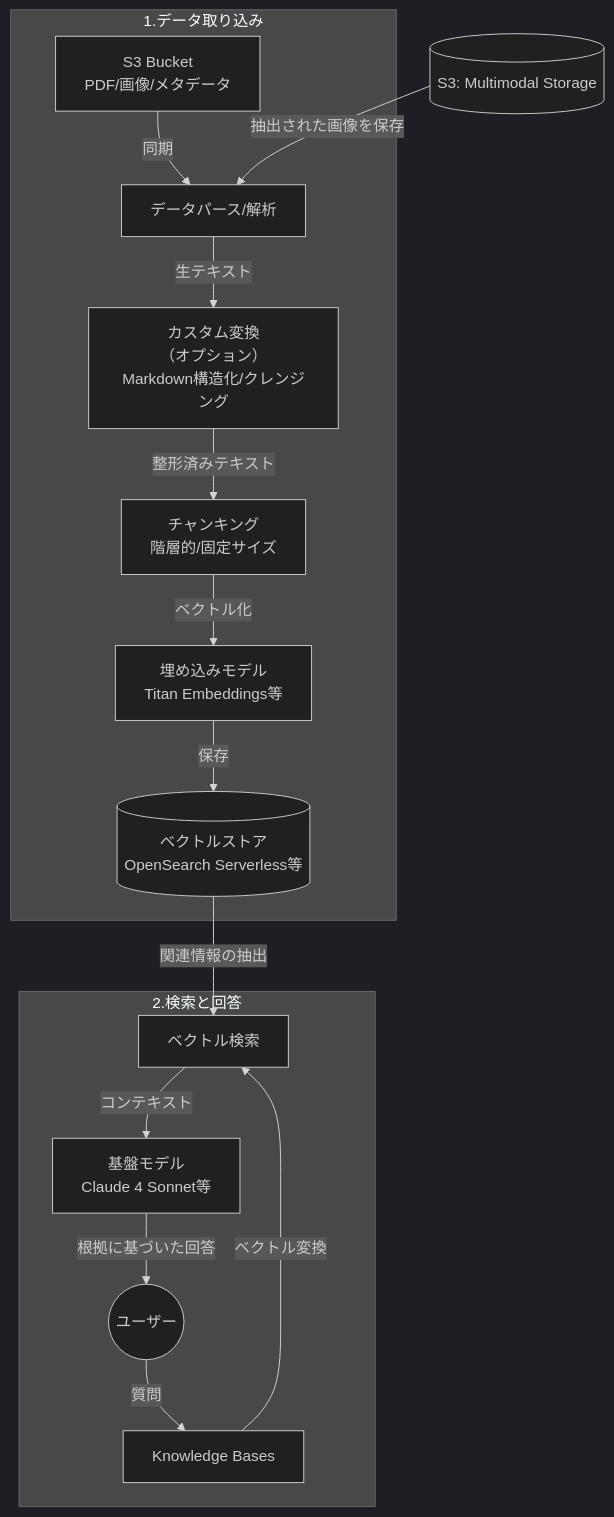
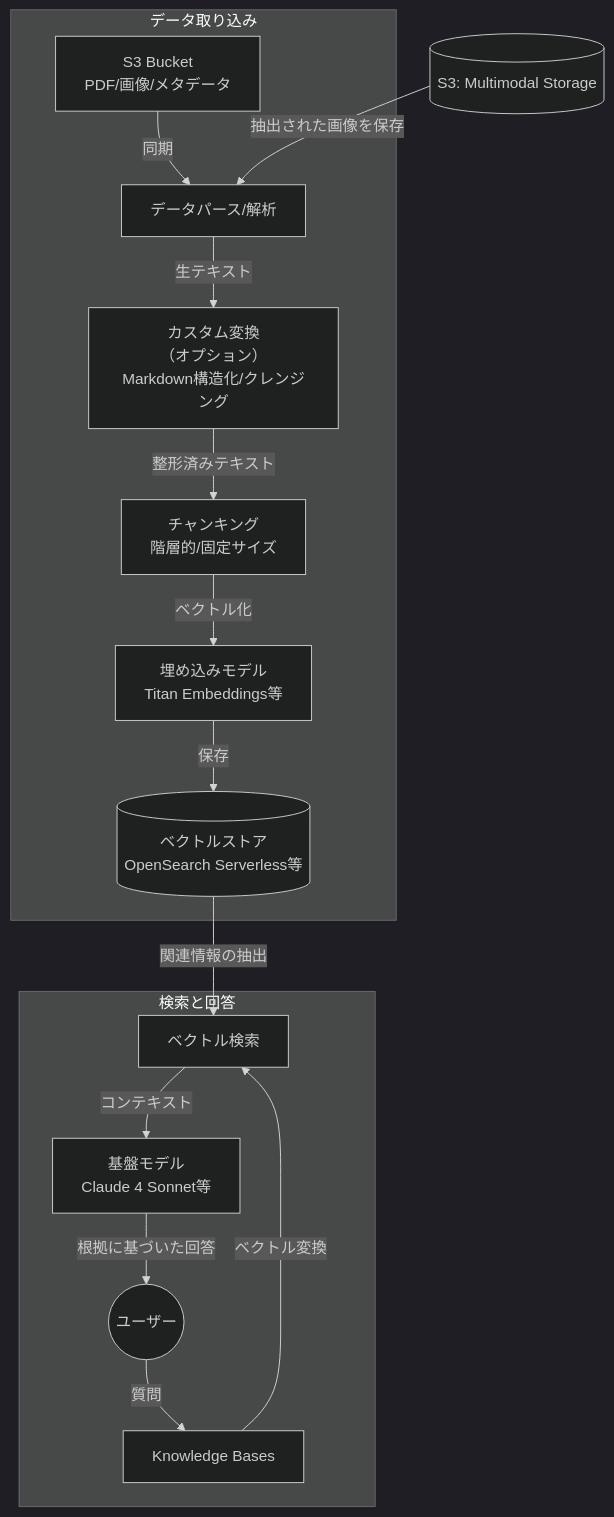
Before and after one commit to awk256/strandsagents: the diagram in 81.BedrockKnowledgeBase/81-00.Bedrock Knowldege Baseとは.md, drawn with Mermaid (dark theme). The commit also changed other lines of this file and 27 other files, not shown here.

````diff
--- a/81.BedrockKnowledgeBase/81-00.Bedrock Knowldege Baseとは.md
+++ b/81.BedrockKnowledgeBase/81-00.Bedrock Knowldege Baseとは.md
@@ -12,21 +12,21 @@
 ```mermaid
 graph TD
-    subgraph "1.データ取り込み"
+    subgraph "データ取り込み"
         S3[S3 Bucket<br/>PDF/画像/メタデータ] -->|同期| Parser[データパース/解析]
         Parser -->|生テキスト| Lambda[カスタム変換<br/>（オプション）<br/>Markdown構造化/クレンジング]
         Lambda -->|整形済みテキスト| Chunking[チャンキング<br/>階層的/固定サイズ]
         Chunking -->|ベクトル化| Embedding[埋め込みモデル<br/>Titan Embeddings等]
         Embedding -->|保存| VDB[(ベクトルストア<br/>OpenSearch Serverless等)]
     end
 
-    subgraph "2.検索と回答"
+    subgraph "検索と回答"
         User((ユーザー)) -->|質問| KB[Knowledge Bases]
         KB -->|ベクトル変換| Search[ベクトル検索]
         VDB -->|関連情報の抽出| Search
         Search -->|コンテキスト| LLM[基盤モデル<br/>Claude 4 Sonnet等]
         LLM -->|根拠に基づいた回答| User
     end
 
     %% 補助ストレージ
     S3_Images[(S3: Multimodal Storage)] -->|抽出された画像を保存| Parser
 ```
````
